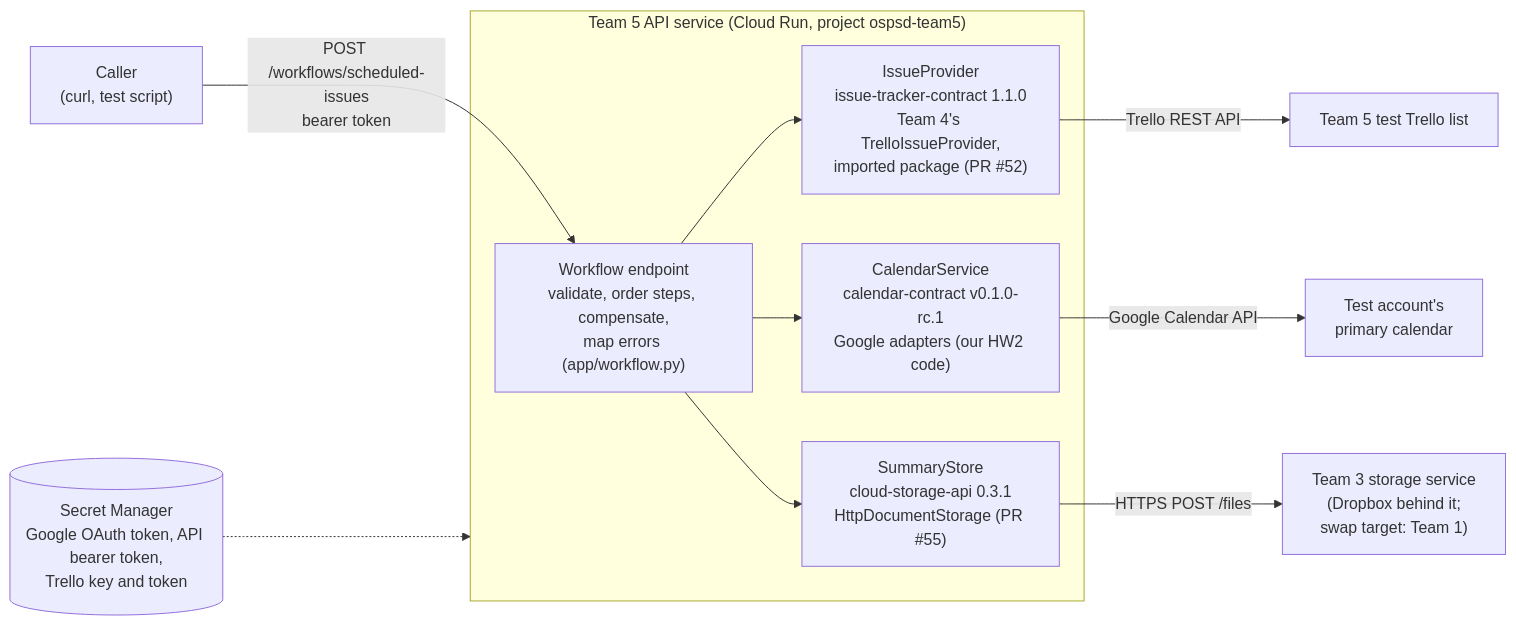
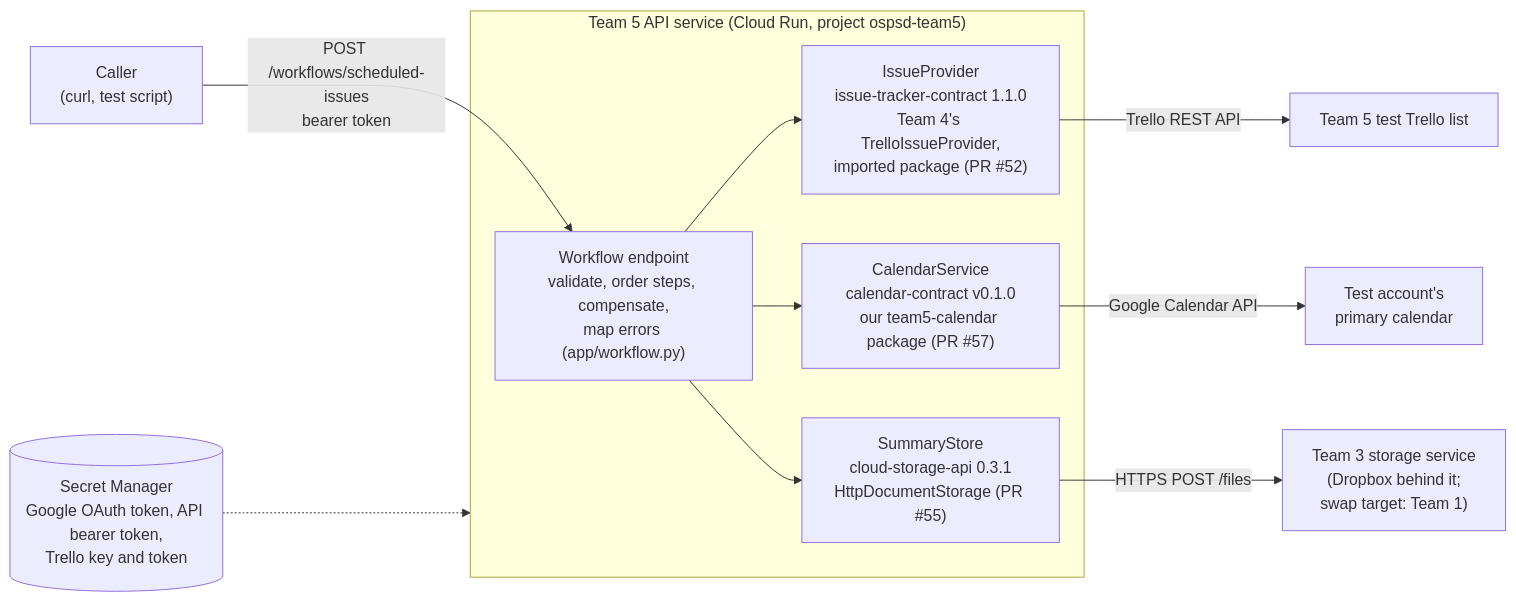
The diagram in DESIGN.md (juno-junhyuk-lee/OSPSD-Team-5), drawn with Mermaid before and after one commit. The commit also changed other lines of this file, not shown here.

Commit message:
docs: address review of HW3 `DESIGN.md` (Trello auth errors, stable Calendar package)

````diff
--- a/DESIGN.md
+++ b/DESIGN.md
@@ -26,14 +26,14 @@
 ```mermaid
 flowchart LR
     caller["Caller<br/>(curl, test script)"] -- "POST /workflows/scheduled-issues<br/>bearer token" --> api
     subgraph run["Team 5 API service (Cloud Run, project ospsd-team5)"]
         api["Workflow endpoint<br/>validate, order steps, compensate,<br/>map errors (app/workflow.py)"]
         api --> ip["IssueProvider<br/>issue-tracker-contract 1.1.0<br/>Team 4's TrelloIssueProvider,<br/>imported package (PR #52)"]
-        api --> cs["CalendarService<br/>calendar-contract v0.1.0-rc.1<br/>Google adapters (our HW2 code)"]
+        api --> cs["CalendarService<br/>calendar-contract v0.1.0<br/>our team5-calendar package (PR #57)"]
         api --> ss["SummaryStore<br/>cloud-storage-api 0.3.1<br/>HttpDocumentStorage (PR #55)"]
     end
     ip -- "Trello REST API" --> tr["Team 5 test Trello list"]
     cs -- "Google Calendar API" --> gc["Test account's<br/>primary calendar"]
     ss -- "HTTPS POST /files" --> t3["Team 3 storage service<br/>(Dropbox behind it;<br/>swap target: Team 1)"]
     sm[("Secret Manager<br/>Google OAuth token, API bearer token,<br/>Trello key and token")] -.-> run
 ```
````
